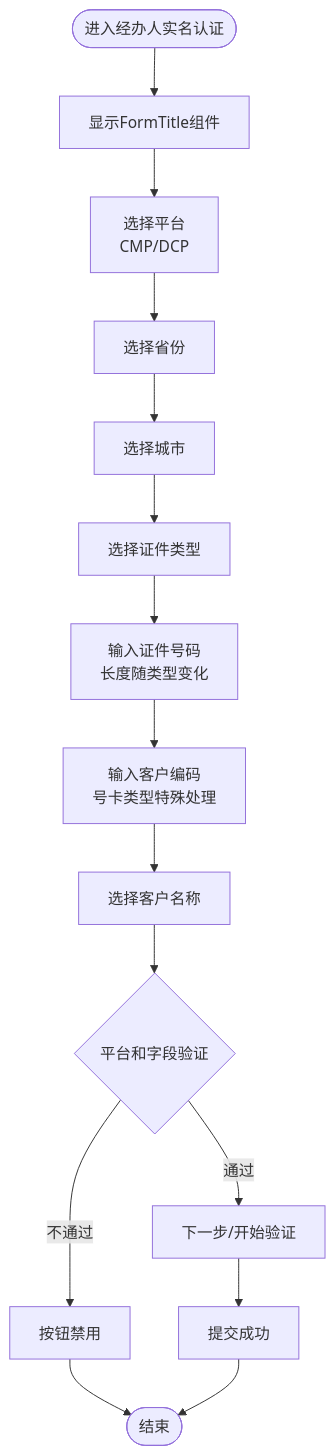
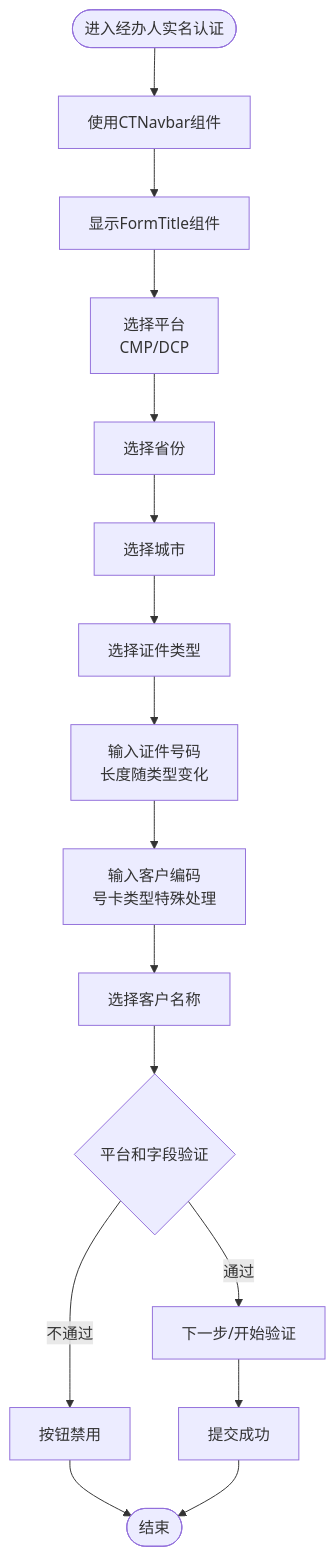
Before and after one commit to zuolinbao/redbook: diagram 12 of 13 in .qoder/repowiki/zh/content/页面组件.md, drawn with Mermaid. The commit also changed other lines of this file and 7 other files, not shown here.

````diff
--- a/.qoder/repowiki/zh/content/页面组件.md
+++ b/.qoder/repowiki/zh/content/页面组件.md
@@ -527,17 +541,18 @@
 ```mermaid
 flowchart TD
-Start(["进入经办人实名认证"]) --> FormTitle["显示FormTitle组件"]
+Start(["进入经办人实名认证"]) --> CTNavbar["使用CTNavbar组件"]
+CTNavbar --> FormTitle["显示FormTitle组件"]
 FormTitle --> PlatformSelect["选择平台<br/>CMP/DCP"]
 PlatformSelect --> ProvinceSelect["选择省份"]
 ProvinceSelect --> CitySelect["选择城市"]
 CitySelect --> CardType["选择证件类型"]
 CardType --> CardNum["输入证件号码<br/>长度随类型变化"]
 CardNum --> CustomerCode["输入客户编码<br/>号卡类型特殊处理"]
 CustomerCode --> CustomerName["选择客户名称"]
 CustomerName --> Validate{"平台和字段验证"}
 Validate --> |通过| Next["下一步/开始验证"]
 Validate --> |不通过| Disabled["按钮禁用"]
 Next --> Success["提交成功"]
 Disabled --> End(["结束"])
 Success --> End
 ```
````
